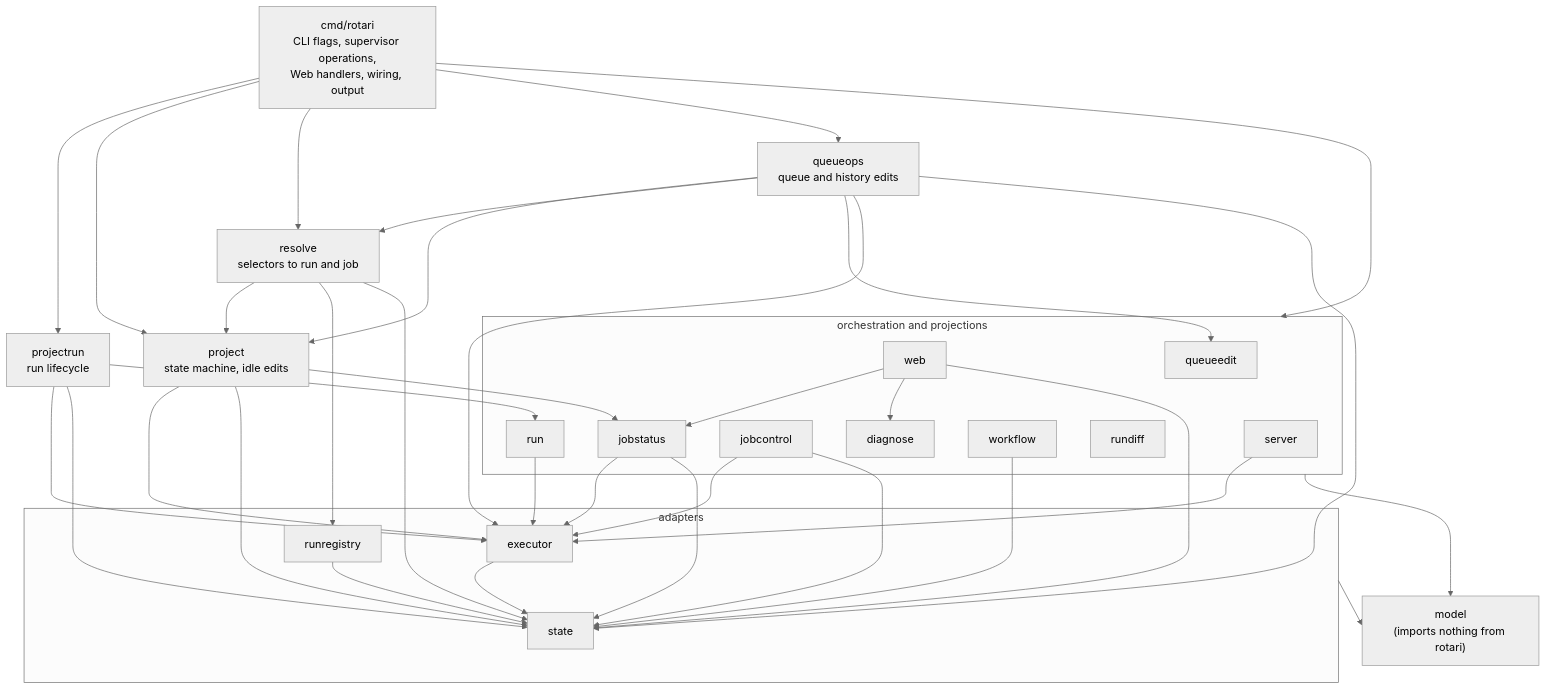
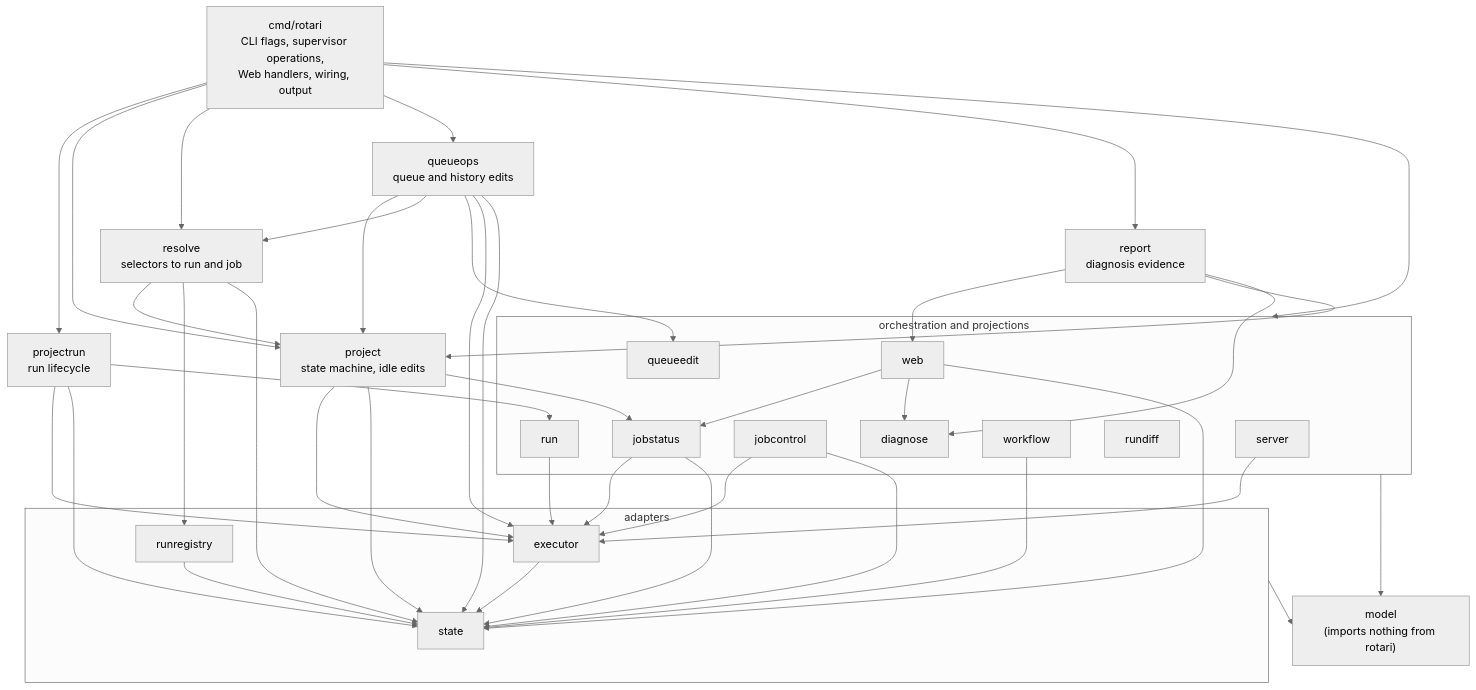
Before and after one commit to kamo-naoyuki/rotari: the second of 2 diagrams in docs/ARCHITECTURE.md, drawn with Mermaid (neutral theme). The commit also changed other lines of this file and 18 other files, not shown here.

First line of the commit message:
refactor(report): move the diagnosis evidence report into internal/report

````diff
--- a/docs/ARCHITECTURE.md
+++ b/docs/ARCHITECTURE.md
@@ -96,59 +96,64 @@
 ```mermaid
 flowchart TB
   cmd["cmd/rotari<br/>CLI flags, supervisor operations,<br/>Web handlers, wiring, output"]
   projectrun["projectrun<br/>run lifecycle"]
   project["project<br/>state machine, idle edits"]
   resolve["resolve<br/>selectors to run and job"]
   queueops["queueops<br/>queue and history edits"]
+  report["report<br/>diagnosis evidence"]
   subgraph l2["orchestration and projections"]
     server
     run
     jobcontrol
     web
     jobstatus
     workflow
     queueedit
     rundiff
     diagnose
   end
   subgraph l1["adapters"]
     executor
     state
     runregistry
   end
   model["model<br/>(imports nothing from rotari)"]
 
   cmd --> projectrun
   cmd --> project
   cmd --> resolve
   cmd --> queueops
   queueops --> project
   queueops --> resolve
   queueops --> queueedit
   queueops --> executor
   queueops --> state
+  cmd --> report
+  report --> web
+  report --> project
+  report --> diagnose
   resolve --> project
   resolve --> runregistry
   resolve --> state
   project --> jobstatus
   project --> executor
   project --> state
   cmd --> l2
   projectrun --> run
   projectrun --> executor
   projectrun --> state
   server --> executor
   run --> executor
   jobcontrol --> executor
   jobcontrol --> state
   web --> jobstatus
   web --> diagnose
   web --> state
   jobstatus --> executor
   jobstatus --> state
   workflow --> state
   executor --> state
   runregistry --> state
   l1 --> model
   l2 --> model
 ```
````
